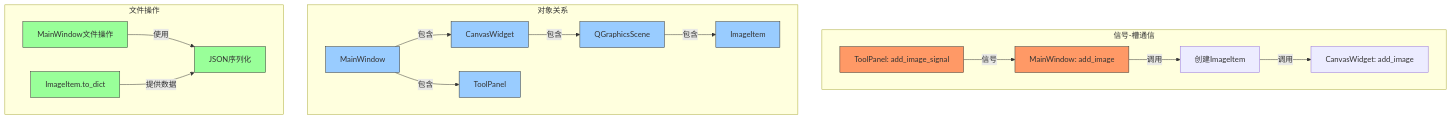
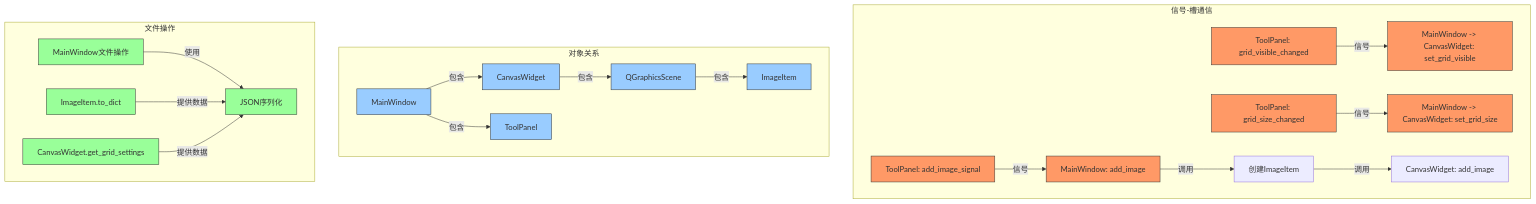
One commit to xiyuxzq/VisualizationTexLayout changed the seventh of 7 diagrams in DEV_LOG.md. Above: the diagram before and after it, drawn with Mermaid. The commit also changed other lines of this file and 8 other files, not shown here.

````diff
--- a/DEV_LOG.md
+++ b/DEV_LOG.md
@@ -283,28 +321,31 @@
 ```mermaid
 graph TD
     subgraph "信号-槽通信"
-        TP_Signal[ToolPanel: add_image_signal] -->|信号| MW_Slot[MainWindow: add_image]
-        MW_Slot -->|调用| II_Create[创建ImageItem]
+        TP_Signal1[ToolPanel: add_image_signal] -->|信号| MW_Slot1[MainWindow: add_image]
+        TP_Signal2[ToolPanel: grid_visible_changed] -->|信号| MW_Slot2[MainWindow -> CanvasWidget: set_grid_visible]
+        TP_Signal3[ToolPanel: grid_size_changed] -->|信号| MW_Slot3[MainWindow -> CanvasWidget: set_grid_size]
+        MW_Slot1 -->|调用| II_Create[创建ImageItem]
         II_Create -->|调用| CW_Add[CanvasWidget: add_image]
     end
     
     subgraph "对象关系"
         MW[MainWindow] -->|包含| CW[CanvasWidget]
         MW -->|包含| TP[ToolPanel]
         CW -->|包含| Scene[QGraphicsScene]
         Scene -->|包含| II[ImageItem]
     end
     
     subgraph "文件操作"
         MW_File[MainWindow文件操作] -->|使用| JSON[JSON序列化]
         II_Dict[ImageItem.to_dict] -->|提供数据| JSON
+        CW_Grid[CanvasWidget.get_grid_settings] -->|提供数据| JSON
     end
     
     classDef signal fill:#f96,stroke:#333,stroke-width:1px;
     classDef object fill:#9cf,stroke:#333,stroke-width:1px;
     classDef file fill:#9f9,stroke:#333,stroke-width:1px;
     
-    class TP_Signal,MW_Slot signal;
+    class TP_Signal1,TP_Signal2,TP_Signal3,MW_Slot1,MW_Slot2,MW_Slot3 signal;
     class MW,CW,TP,Scene,II object;
-    class MW_File,JSON,II_Dict file;
+    class MW_File,JSON,II_Dict,CW_Grid file;
 ```
````
